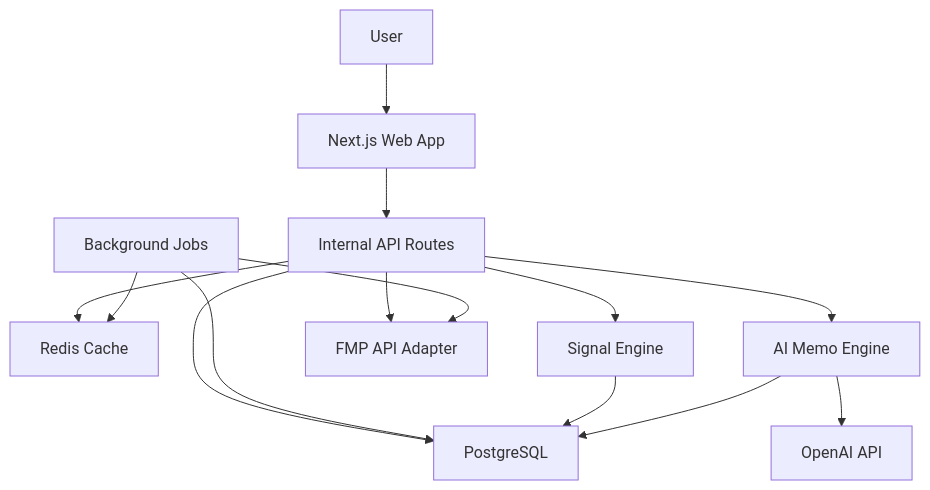
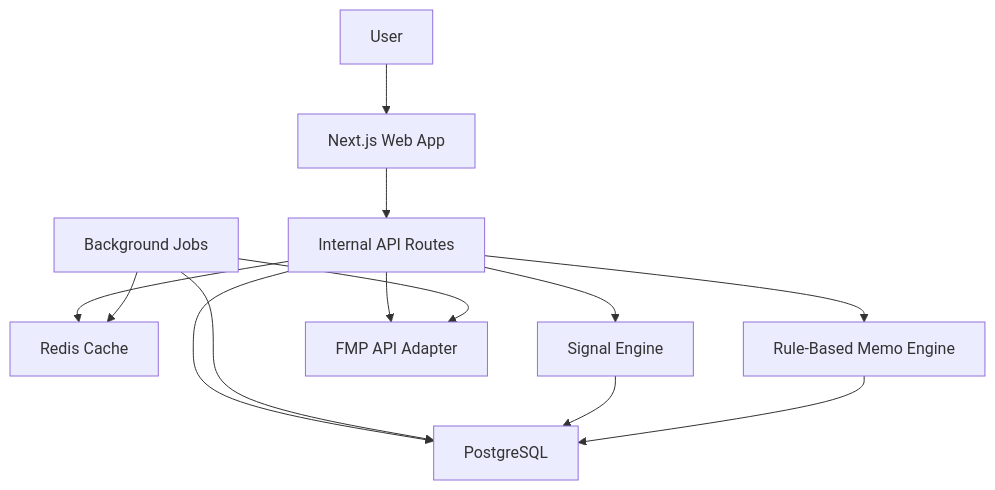
The diagram in docs/TECHNICAL_DESIGN.md (liu-kaining/ThesisLens), drawn with Mermaid before and after one commit. The commit also changed other lines of this file and 23 other files, not shown here.

````diff
--- a/docs/TECHNICAL_DESIGN.md
+++ b/docs/TECHNICAL_DESIGN.md
@@ -66,16 +72,15 @@
 ```mermaid
 flowchart TD
   User["User"] --> Web["Next.js Web App"]
   Web --> API["Internal API Routes"]
   API --> Cache["Redis Cache"]
   API --> DB["PostgreSQL"]
   API --> Signal["Signal Engine"]
-  API --> AI["AI Memo Engine"]
+  API --> Memo["Rule-Based Memo Engine"]
   API --> FMP["FMP API Adapter"]
   Jobs["Background Jobs"] --> FMP
   Jobs --> DB
   Jobs --> Cache
   Signal --> DB
-  AI --> DB
-  AI --> OpenAI["OpenAI API"]
+  Memo --> DB
 ```
````
